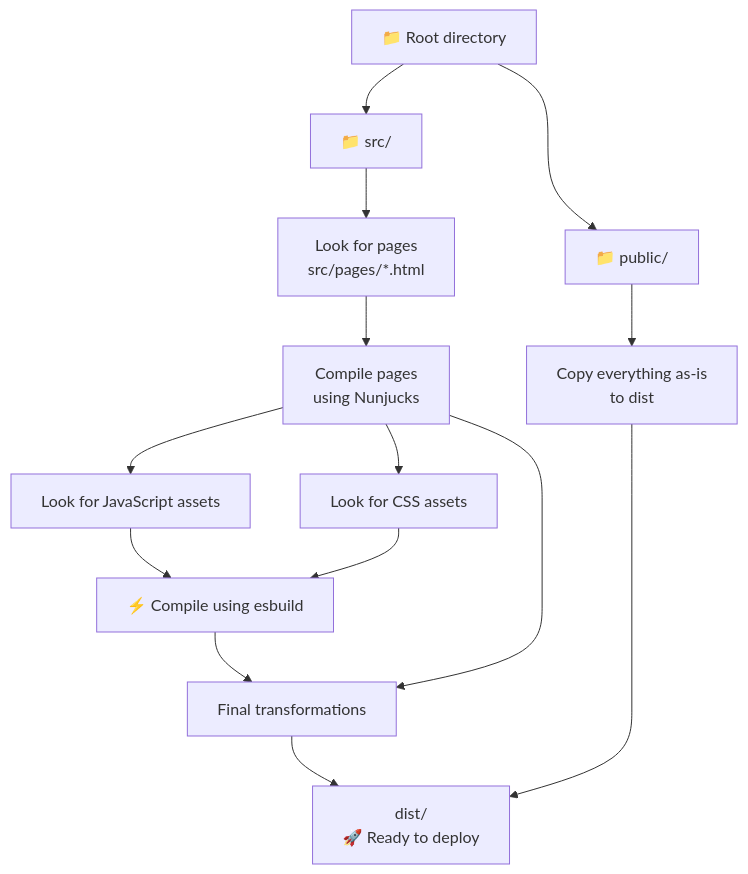
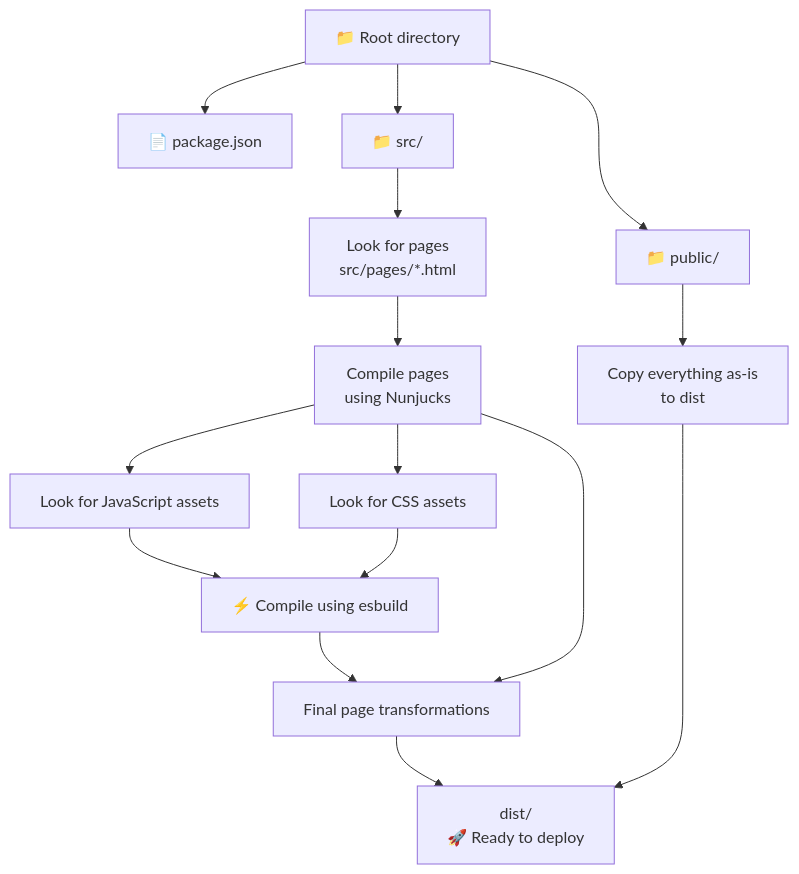
The diagram in README.md (Athlon1600/makepages), drawn with Mermaid before and after one commit. The commit also changed other lines of this file, not shown here.

````diff
--- a/README.md
+++ b/README.md
@@ -55,18 +53,19 @@
 ```mermaid
 flowchart TD
     A["📁 Root directory"]
+    A --> P["📄 package.json"]
     A --> B["📁 src/"]
     A --> C["📁 public/"]
     B ~~~ C
     B --> D["Look for pages<br/>src/pages/*.html"]
     D --> E["Compile pages<br/>using Nunjucks"]
     E --> F["Look for JavaScript assets"]
     E --> G["Look for CSS assets"]
     F --> H["⚡ Compile using esbuild"]
     G --> H
-    H --> I["Final transformations"]
+    H --> I["Final page transformations"]
     E --> I
     C --> J["Copy everything as-is<br/>to dist"]
     I --> K["dist/<br>🚀 Ready to deploy"]
     J --> K
 ```
````
